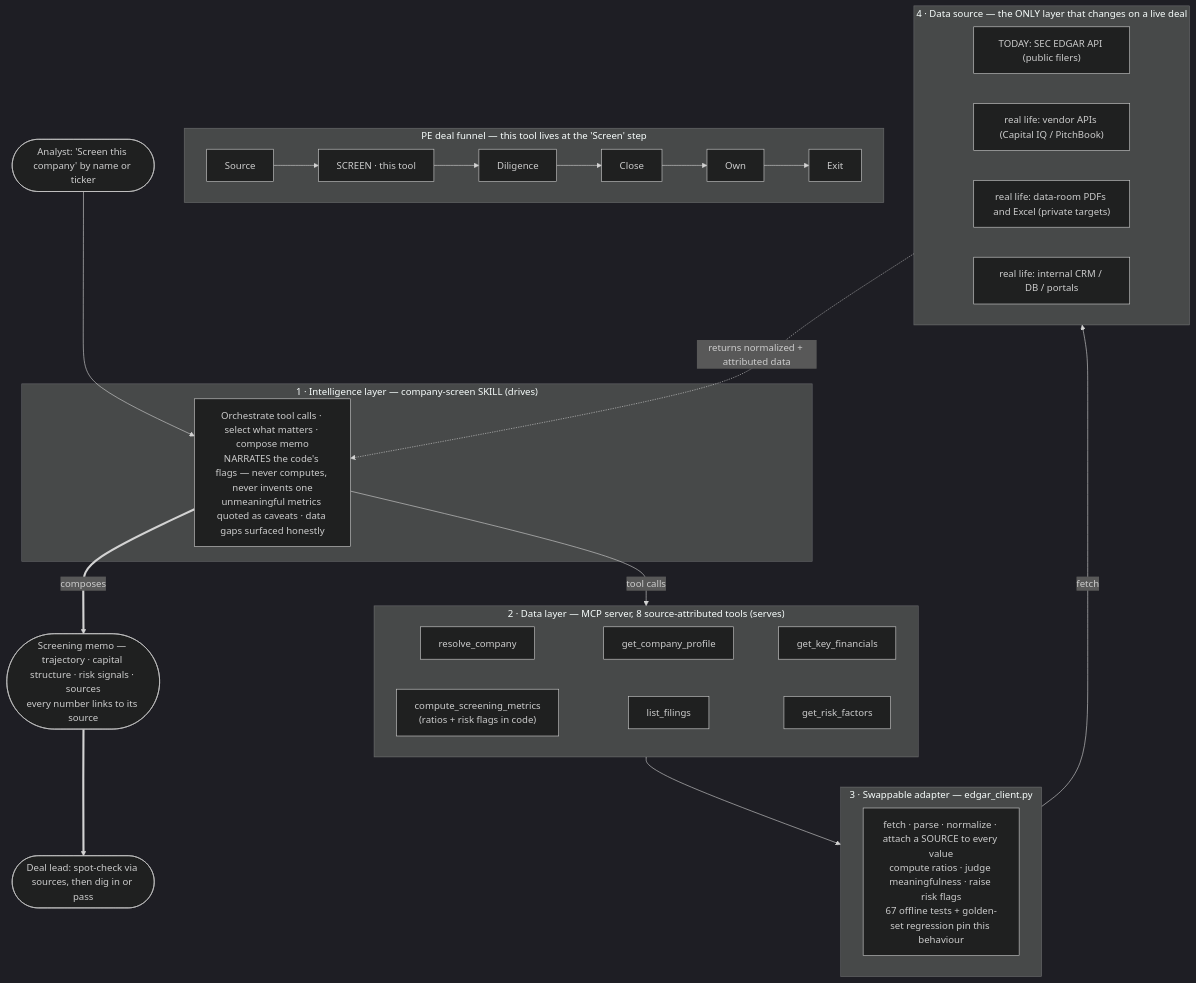
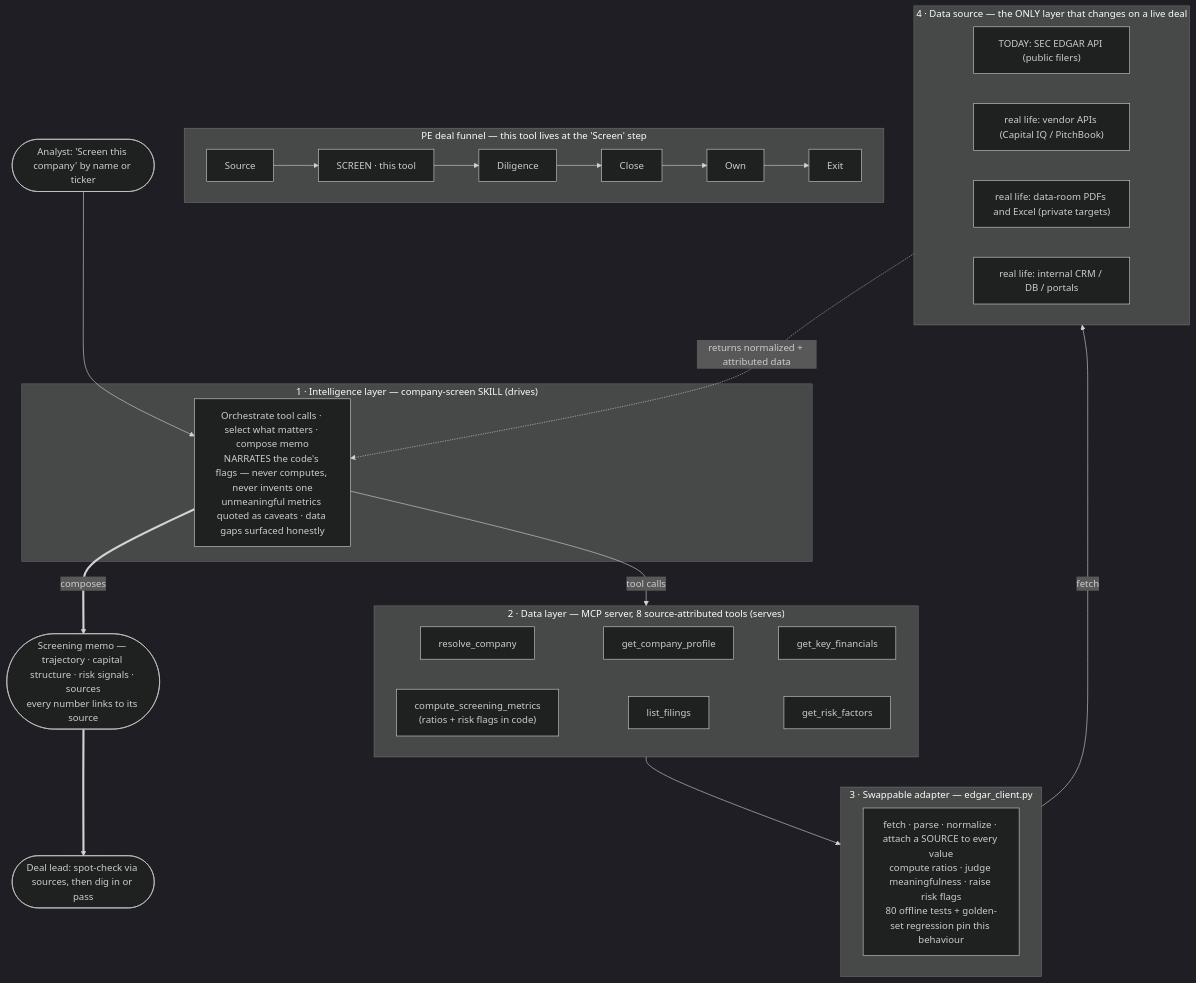
One commit to chidrupa99/northbridge-diligence changed the diagram in docs/PRD.md. Above: the diagram before and after it, drawn with Mermaid (dark theme). The commit also changed other lines of this file and 4 other files, not shown here.

````diff
--- a/docs/PRD.md
+++ b/docs/PRD.md
@@ -91,44 +91,44 @@
 ```mermaid
 flowchart TB
   subgraph FUNNEL["PE deal funnel — this tool lives at the 'Screen' step"]
     direction LR
     F1["Source"] --> F2["SCREEN · this tool"] --> F3["Diligence"] --> F4["Close"] --> F5["Own"] --> F6["Exit"]
   end
 
   START(["Analyst: 'Screen this company' by name or ticker"]) --> SKILL
 
   subgraph INTEL["1 · Intelligence layer — company-screen SKILL (drives)"]
     SKILL["Orchestrate tool calls · select what matters · compose memo<br/>NARRATES the code's flags — never computes, never invents one<br/>unmeaningful metrics quoted as caveats · data gaps surfaced honestly"]
   end
 
   subgraph DATAL["2 · Data layer — MCP server, 8 source-attributed tools (serves)"]
     direction LR
     T1["resolve_company"]
     T2["get_company_profile"]
     T3["get_key_financials"]
     T4["compute_screening_metrics<br/>(ratios + risk flags in code)"]
     T5["list_filings"]
     T6["get_risk_factors"]
     T1 ~~~ T2 ~~~ T3
     T4 ~~~ T5 ~~~ T6
   end
 
   subgraph ADAPT["3 · Swappable adapter — edgar_client.py"]
-    ADP["fetch · parse · normalize · attach a SOURCE to every value<br/>compute ratios · judge meaningfulness · raise risk flags<br/>67 offline tests + golden-set regression pin this behaviour"]
+    ADP["fetch · parse · normalize · attach a SOURCE to every value<br/>compute ratios · judge meaningfulness · raise risk flags<br/>80 offline tests + golden-set regression pin this behaviour"]
   end
 
   subgraph SOURCES["4 · Data source — the ONLY layer that changes on a live deal"]
     direction LR
     ED["TODAY: SEC EDGAR API (public filers)"]
     VN["real life: vendor APIs (Capital IQ / PitchBook)"]
     PD["real life: data-room PDFs and Excel (private targets)"]
     IN["real life: internal CRM / DB / portals"]
   end
 
   SKILL -->|"tool calls"| DATAL
   DATAL --> ADAPT
   ADAPT -->|"fetch"| SOURCES
   SOURCES -. "returns normalized + attributed data" .-> SKILL
   SKILL ==>|"composes"| MEMO(["Screening memo — trajectory · capital structure · risk signals · sources<br/>every number links to its source"])
   MEMO ==> LEAD(["Deal lead: spot-check via sources, then dig in or pass"])
 ```
````
